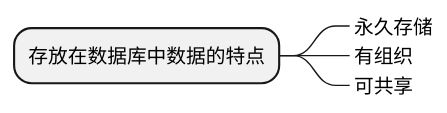
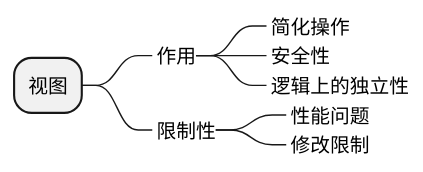
Before and after one commit to yayaa-uuu/study: the fifth of 9 diagrams in dws.md, drawn with PlantUML. The commit also changed other lines of this file and 27 other files, not shown here.

````diff
--- a/dws.md
+++ b/dws.md
@@ -24,8 +64,12 @@
 ```plantuml
 @startmindmap
-* 存放在数据库中数据的特点
-**_ 永久存储
-**_ 有组织
-**_ 可共享
+* 视图
+**_ 作用
+***_ 简化操作
+***_ 安全性
+***_ 逻辑上的独立性
+**_ 限制性
+***_ 性能问题
+***_ 修改限制
 @endmindmap
-``` 
+```
````
